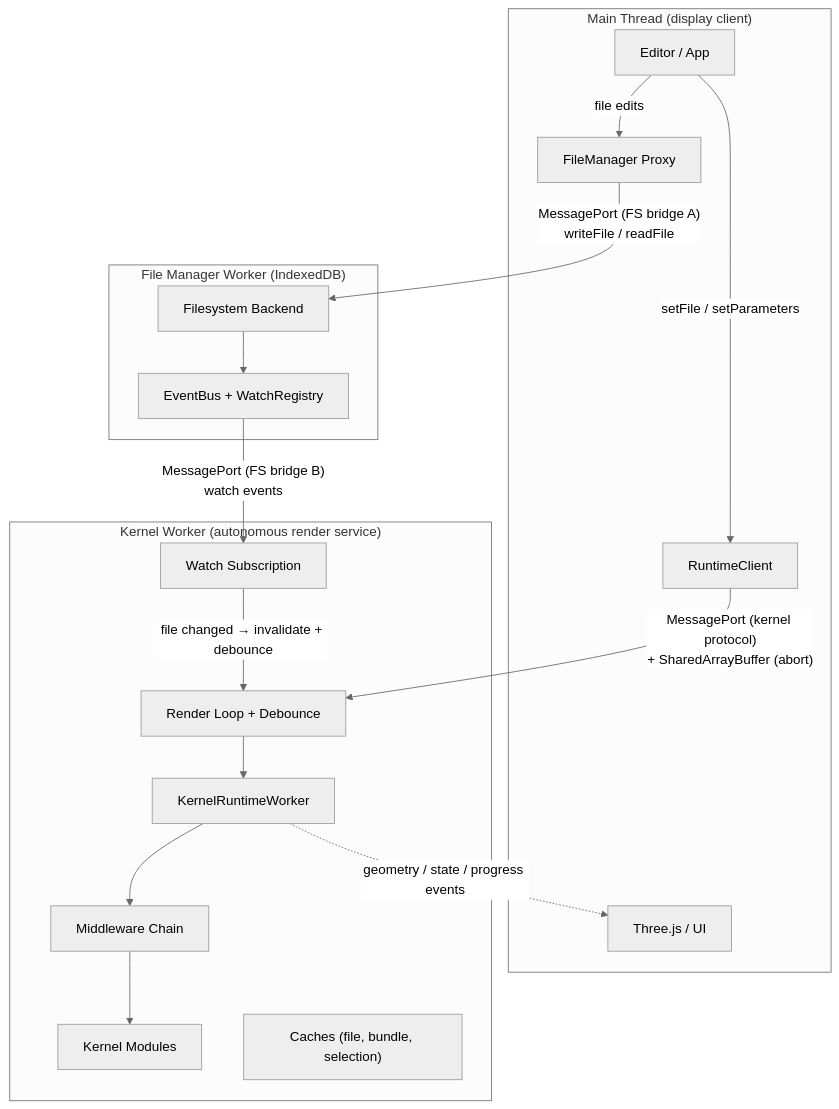
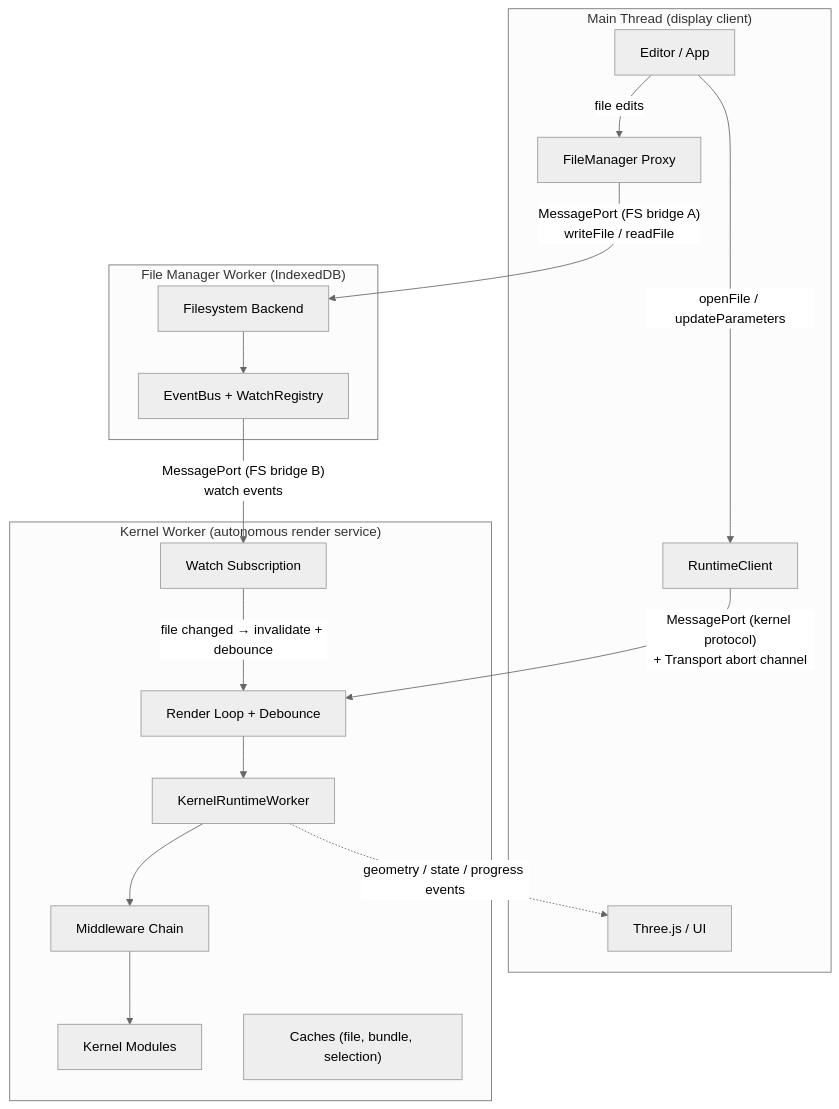
Before and after one commit to ahzs645/tau: the first of 3 diagrams in apps/ui/content/docs/(runtime)/concepts/architecture.mdx, drawn with Mermaid (neutral theme). The commit also changed other lines of this file and 54 other files, not shown here.

Commit message:
refactor(ui): defer kernel options to factory functions for lazy transport initialization

````diff
--- a/apps/ui/content/docs/(runtime)/concepts/architecture.mdx
+++ b/apps/ui/content/docs/(runtime)/concepts/architecture.mdx
@@ -19,37 +19,37 @@
 ```mermaid
 flowchart TB
     subgraph Main["Main Thread (display client)"]
         Editor["Editor / App"]
         Client["RuntimeClient"]
         Scene["Three.js / UI"]
         FMProxy["FileManager Proxy"]
     end
 
     subgraph KWorker["Kernel Worker (autonomous render service)"]
         RenderLoop["Render Loop + Debounce"]
         KRW["KernelRuntimeWorker"]
         MW["Middleware Chain"]
         Kernels["Kernel Modules"]
         WatchSub["Watch Subscription"]
         Caches["Caches (file, bundle, selection)"]
     end
 
     subgraph FSWorker["File Manager Worker (IndexedDB)"]
         FS["Filesystem Backend"]
         EventBus["EventBus + WatchRegistry"]
     end
 
-    Editor -->|"setFile / setParameters"| Client
-    Client -->|"MessagePort (kernel protocol)\n+ SharedArrayBuffer (abort)"| RenderLoop
+    Editor -->|"openFile / updateParameters"| Client
+    Client -->|"MessagePort (kernel protocol)\n+ Transport abort channel"| RenderLoop
     RenderLoop --> KRW
     KRW --> MW
     MW --> Kernels
     KRW -.->|"geometry / state / progress events"| Scene
 
     Editor -->|"file edits"| FMProxy
     FMProxy -->|"MessagePort (FS bridge A)\nwriteFile / readFile"| FS
 
     FS --> EventBus
     EventBus -->|"MessagePort (FS bridge B)\nwatch events"| WatchSub
     WatchSub -->|"file changed → invalidate + debounce"| RenderLoop
 ```
````
